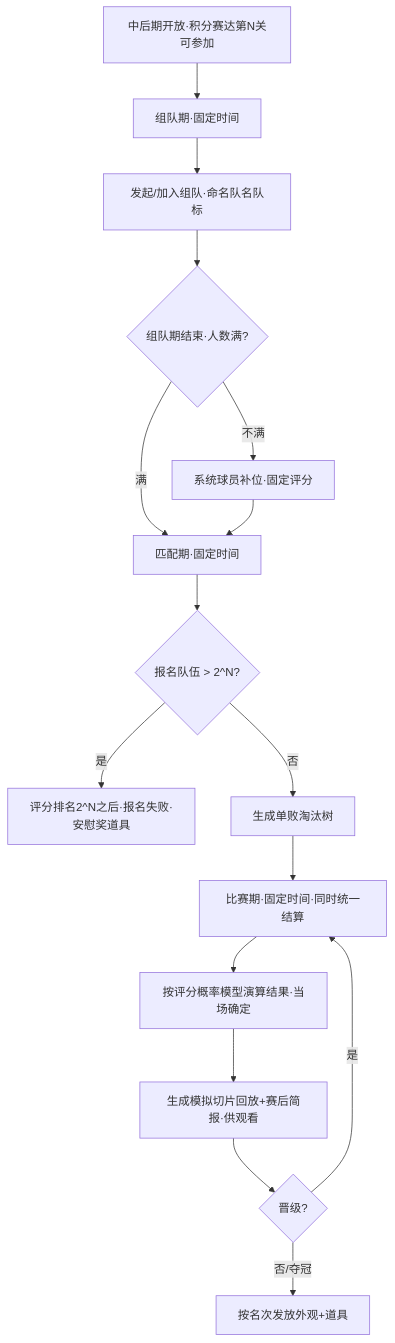
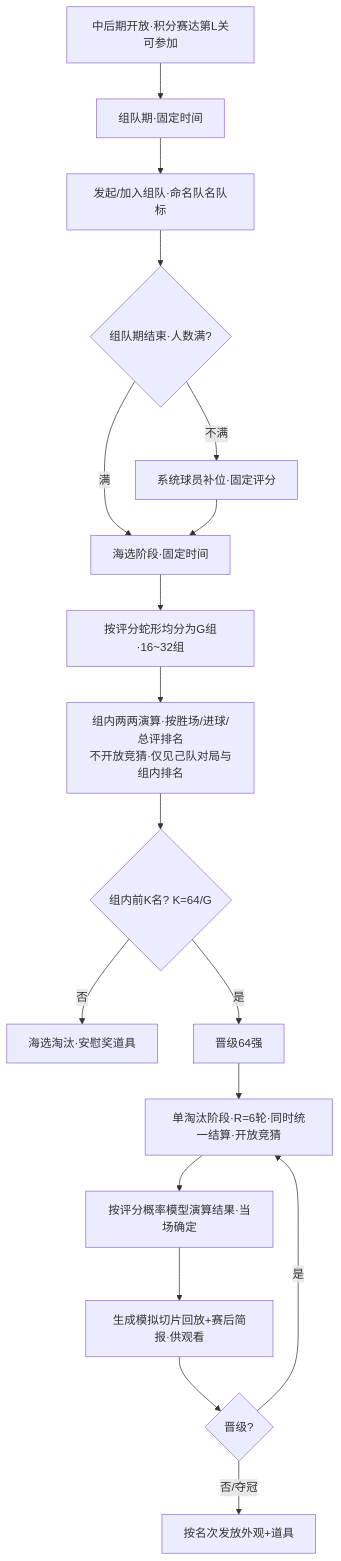
Before and after one commit to RehearsalTap4Fun/MindToDoc: the sixth of 11 diagrams in output/2026世界杯主题活动-开发文档.md, drawn with Mermaid. The commit also changed other lines of this file, not shown here.

````diff
--- a/output/2026世界杯主题活动-开发文档.md
+++ b/output/2026世界杯主题活动-开发文档.md
@@ -475,18 +539,20 @@
 ```mermaid
 flowchart TD
-    A[中后期开放·积分赛达第N关可参加] --> B[组队期·固定时间]
+    A[中后期开放·积分赛达第L关可参加] --> B[组队期·固定时间]
     B --> C[发起/加入组队·命名队名队标]
     C --> D{组队期结束·人数满?}
     D -->|不满| E[系统球员补位·固定评分]
-    D -->|满| F[匹配期·固定时间]
+    D -->|满| F[海选阶段·固定时间]
     E --> F
-    F --> G{报名队伍 > 2^N?}
-    G -->|是| H[评分排名2^N之后·报名失败·安慰奖道具]
-    G -->|否| I[生成单败淘汰树]
-    I --> J[比赛期·固定时间·同时统一结算]
-    J --> K[按评分概率模型演算结果·当场确定]
-    K --> L[生成模拟切片回放+赛后简报·供观看]
-    L --> M{晋级?}
-    M -->|是| J
-    M -->|否/夺冠| N[按名次发放外观+道具]
+    F --> G[按评分蛇形均分为G组·16~32组]
+    G --> H[组内两两演算·按胜场/进球/总评排名<br/>不开放竞猜·仅见己队对局与组内排名]
+    H --> I{组内前K名? K=64/G}
+    I -->|否| J[海选淘汰·安慰奖道具]
+    I -->|是| K[晋级64强]
+    K --> L[单淘汰阶段·R=6轮·同时统一结算·开放竞猜]
+    L --> M[按评分概率模型演算结果·当场确定]
+    M --> N[生成模拟切片回放+赛后简报·供观看]
+    N --> O{晋级?}
+    O -->|是| L
+    O -->|否/夺冠| P[按名次发放外观+道具]
 ```
````
